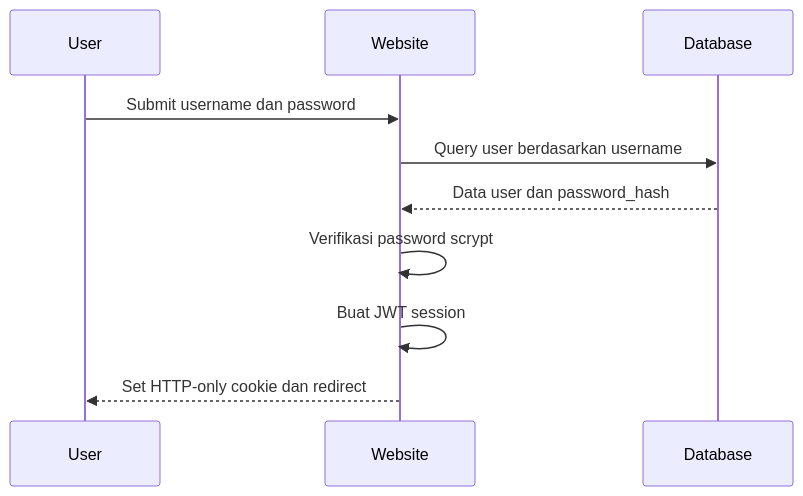
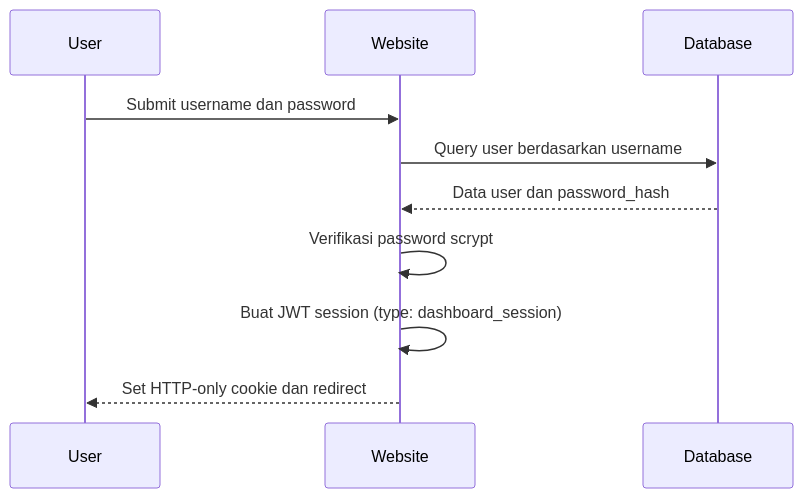
One commit to copetpasarsenin/RPL_Integrator changed the second of 3 diagrams in Docs/Dokumentasi_Website_Gateway_Integrator.md. Above: the diagram before and after it, drawn with Mermaid. The commit also changed other lines of this file and 8 other files, not shown here.

````diff
--- a/Docs/Dokumentasi_Website_Gateway_Integrator.md
+++ b/Docs/Dokumentasi_Website_Gateway_Integrator.md
@@ -175,13 +307,13 @@
 ```mermaid
 sequenceDiagram
     participant User
     participant Website
     participant Database
 
     User->>Website: Submit username dan password
     Website->>Database: Query user berdasarkan username
     Database-->>Website: Data user dan password_hash
     Website->>Website: Verifikasi password scrypt
-    Website->>Website: Buat JWT session
+    Website->>Website: Buat JWT session (type: dashboard_session)
     Website-->>User: Set HTTP-only cookie dan redirect
 ```
````
